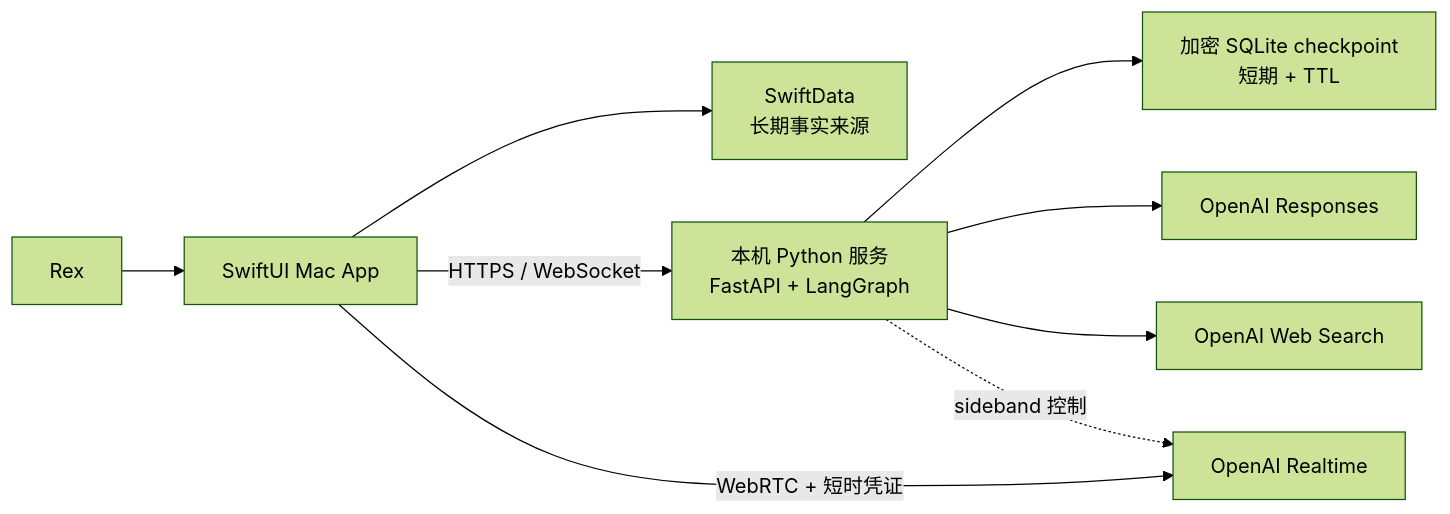
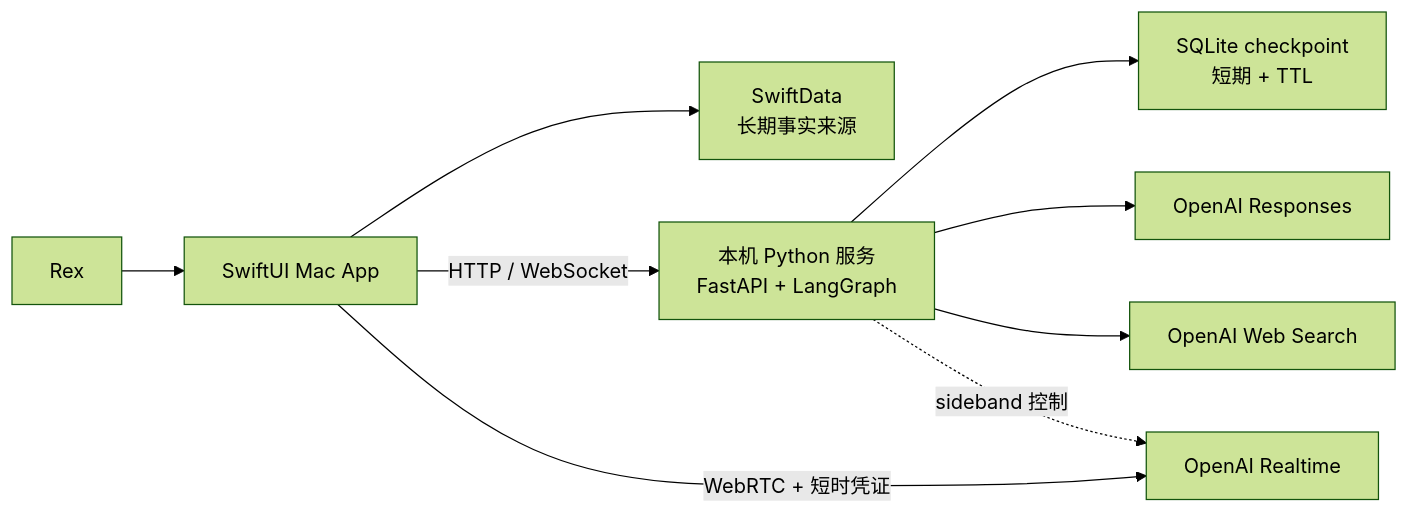
One commit to RexYoung000/Review_Today changed the first of 3 diagrams in docs/architecture.md. Above: the diagram before and after it, drawn with Mermaid (forest theme). The commit also changed other lines of this file and 50 other files, not shown here.

````diff
--- a/docs/architecture.md
+++ b/docs/architecture.md
@@ -36,11 +36,11 @@
 ```mermaid
 flowchart LR
     U["Rex"] --> M["SwiftUI Mac App"]
     M --> D["SwiftData\n长期事实来源"]
-    M -->|"HTTPS / WebSocket"| P["本机 Python 服务\nFastAPI + LangGraph"]
-    P --> C["加密 SQLite checkpoint\n短期 + TTL"]
+    M -->|"HTTP / WebSocket"| P["本机 Python 服务\nFastAPI + LangGraph"]
+    P --> C["SQLite checkpoint\n短期 + TTL"]
     P --> R["OpenAI Responses"]
     P --> S["OpenAI Web Search"]
     M -->|"WebRTC + 短时凭证"| T["OpenAI Realtime"]
     P -. "sideband 控制" .-> T
 ```
````
